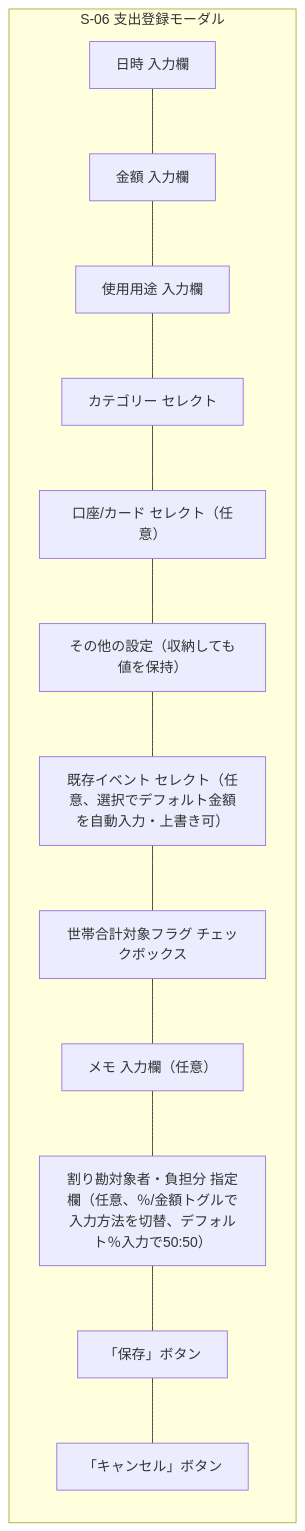
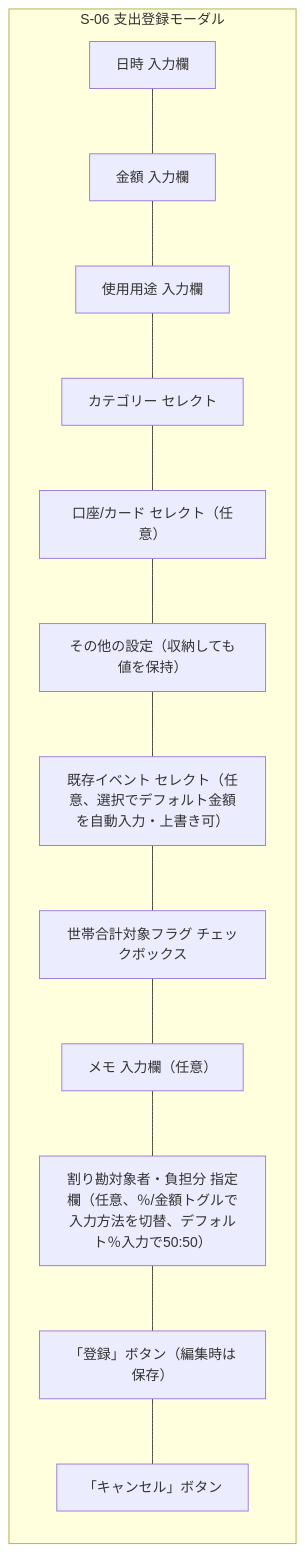
The sixth of 15 diagrams in docs/details/wireframes.md (yamamotonaoki3/HomeLog), drawn with Mermaid before and after one commit. The commit also changed other lines of this file and 19 other files, not shown here.

````diff
--- a/docs/details/wireframes.md
+++ b/docs/details/wireframes.md
@@ -388,19 +388,19 @@
 ```mermaid
 flowchart TD
     subgraph Modal["S-06 支出登録モーダル"]
         direction TB
         Date["日時 入力欄"]
         Amount["金額 入力欄"]
         Purpose["使用用途 入力欄"]
         Category["カテゴリー セレクト"]
         Account["口座/カード セレクト（任意）"]
         Advanced["その他の設定（収納しても値を保持）"]
         Event["既存イベント セレクト（任意、選択でデフォルト金額を自動入力・上書き可）"]
         HouseholdFlag["世帯合計対象フラグ チェックボックス"]
         Memo["メモ 入力欄（任意）"]
         SplitSection["割り勘対象者・負担分 指定欄（任意、％/金額トグルで入力方法を切替、デフォルト％入力で50:50）"]
-        SaveBtn["「保存」ボタン"]
+        SaveBtn["「登録」ボタン（編集時は保存）"]
         CancelBtn["「キャンセル」ボタン"]
     end
     Date --- Amount --- Purpose --- Category --- Account --- Advanced --- Event --- HouseholdFlag --- Memo --- SplitSection --- SaveBtn --- CancelBtn
 ```
````
